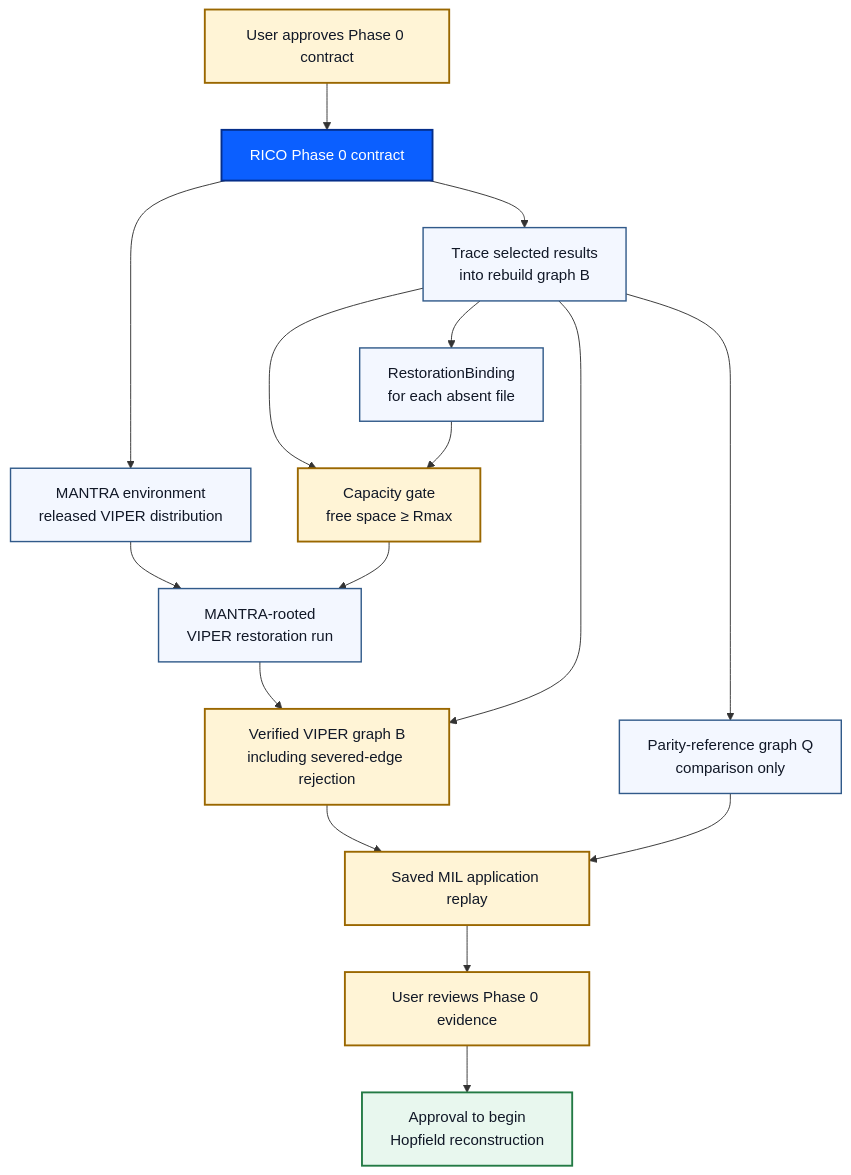
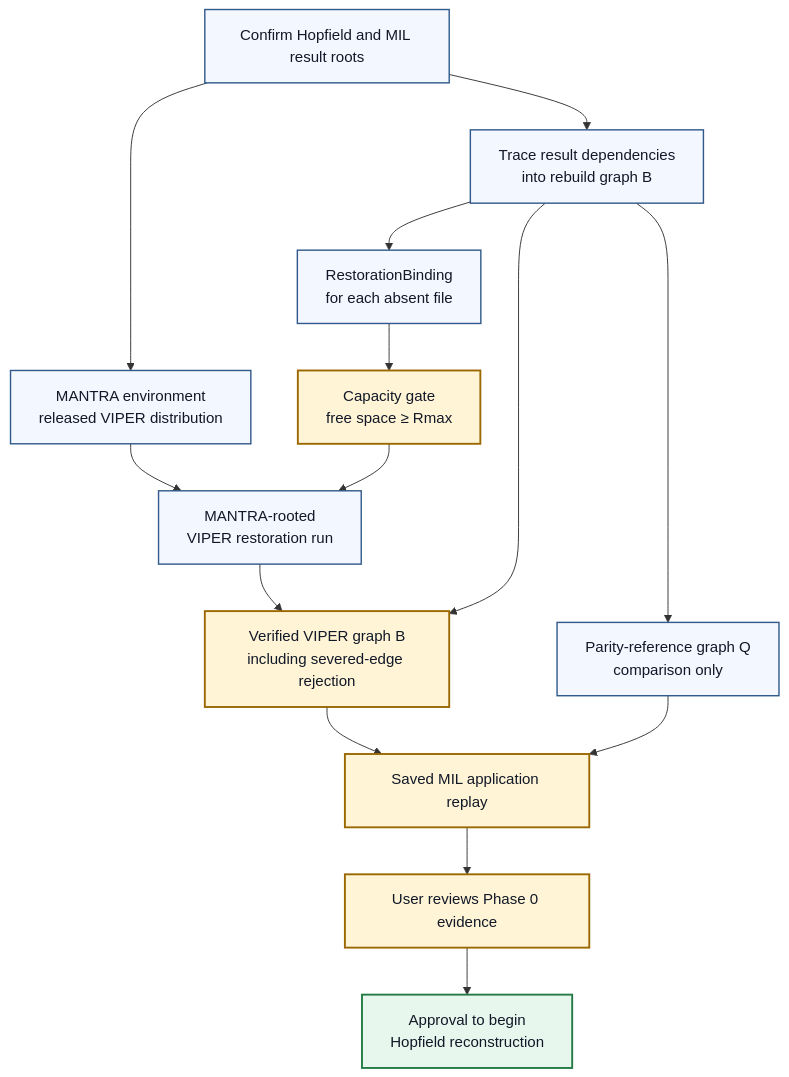
The diagram in docs/contracts/mantra-rebuild-phase-0.md (pvd232/RICO), drawn with Mermaid before and after one commit.

Commit message:
Focus Phase 0 DAG on execution

````diff
--- a/docs/contracts/mantra-rebuild-phase-0.md
+++ b/docs/contracts/mantra-rebuild-phase-0.md
@@ -98,40 +98,35 @@
 ```mermaid
 flowchart TB
-    scope_review["User approves Phase 0 contract"]
-    contract["RICO Phase 0 contract"]
+    roots["Confirm Hopfield and MIL result roots"]
     environment["MANTRA environment<br/>released VIPER distribution"]
-    trace["Trace selected results<br/>into rebuild graph B"]
+    trace["Trace result dependencies<br/>into rebuild graph B"]
     binding["RestorationBinding<br/>for each absent file"]
     parity["Parity-reference graph Q<br/>comparison only"]
     capacity["Capacity gate<br/>free space ≥ Rmax"]
     restore["MANTRA-rooted<br/>VIPER restoration run"]
     verify["Verified VIPER graph B<br/>including severed-edge rejection"]
     replay["Saved MIL application replay"]
     evidence_review["User reviews Phase 0 evidence"]
     hopfield["Approval to begin<br/>Hopfield reconstruction"]
 
-    scope_review --> contract
-    contract --> environment
-    contract --> trace
+    roots --> environment
+    roots --> trace
     trace --> binding
     trace --> parity
-    trace --> capacity
     binding --> capacity
     environment --> restore
     capacity --> restore
     restore --> verify
     trace --> verify
     verify --> replay
     parity --> replay
     replay --> evidence_review
     evidence_review --> hopfield
 
-    classDef contractNode fill:#0b5fff,color:#ffffff,stroke:#052e8a,stroke-width:2px
     classDef workNode fill:#f3f7ff,color:#111827,stroke:#315a8a,stroke-width:1.5px
     classDef gateNode fill:#fff4d6,color:#111827,stroke:#9a6700,stroke-width:2px
     classDef outcomeNode fill:#e8f7ee,color:#111827,stroke:#237a44,stroke-width:2px
-    class contract contractNode
-    class environment,trace,binding,parity,restore workNode
-    class scope_review,capacity,verify,replay,evidence_review gateNode
+    class roots,environment,trace,binding,parity,restore workNode
+    class capacity,verify,replay,evidence_review gateNode
     class hopfield outcomeNode
 ```
````
